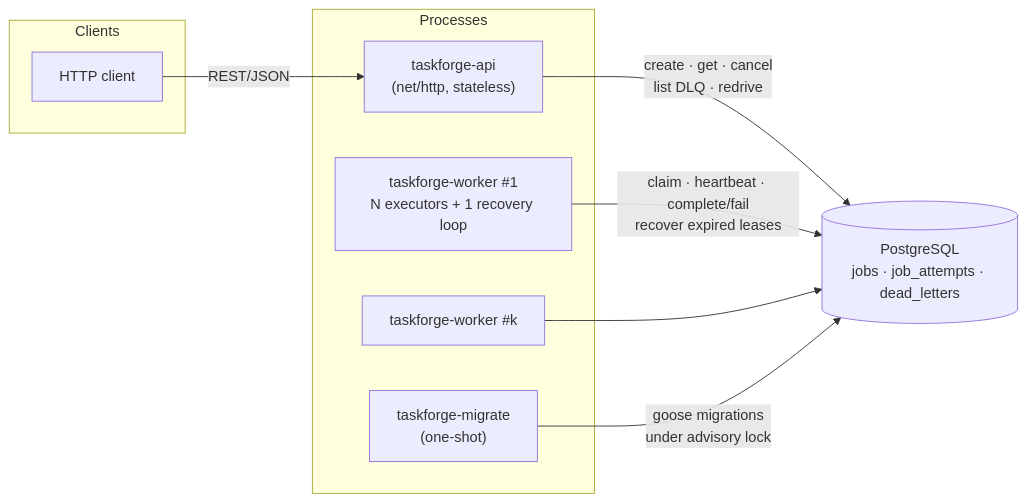
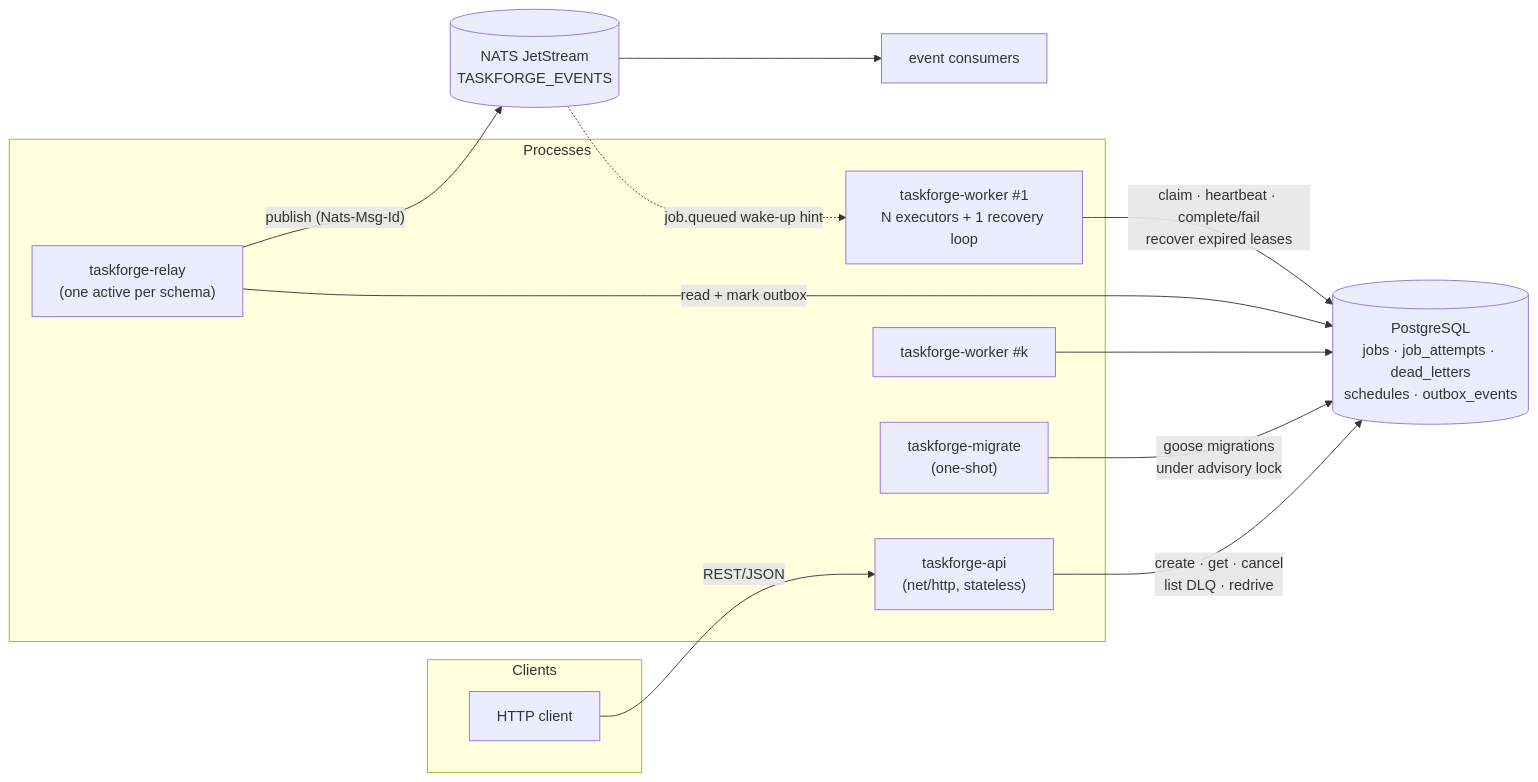
One commit to Nuryanfa/TaskForge changed the first of 8 diagrams in docs/DESIGN.md. Above: the diagram before and after it, drawn with Mermaid. The commit also changed other lines of this file and 42 other files, not shown here.

First line of the commit message:
feat(events): add transactional outbox, NATS JetStream relay, and worker wake-ups

````diff
--- a/docs/DESIGN.md
+++ b/docs/DESIGN.md
@@ -31,19 +32,26 @@
 ```mermaid
 flowchart LR
     subgraph Clients
         C["HTTP client"]
     end
     subgraph Processes
         API["taskforge-api<br/>(net/http, stateless)"]
         W1["taskforge-worker #1<br/>N executors + 1 recovery loop"]
         W2["taskforge-worker #k"]
         M["taskforge-migrate<br/>(one-shot)"]
+        R["taskforge-relay<br/>(one active per schema)"]
     end
-    DB[("PostgreSQL<br/>jobs · job_attempts · dead_letters")]
+    DB[("PostgreSQL<br/>jobs · job_attempts · dead_letters<br/>schedules · outbox_events")]
+    JS[("NATS JetStream<br/>TASKFORGE_EVENTS")]
+    EC["event consumers"]
 
     C -->|"REST/JSON"| API
     API -->|"create · get · cancel<br/>list DLQ · redrive"| DB
     W1 -->|"claim · heartbeat · complete/fail<br/>recover expired leases"| DB
     W2 --> DB
     M -->|"goose migrations<br/>under advisory lock"| DB
+    R -->|"read + mark outbox"| DB
+    R -->|"publish (Nats-Msg-Id)"| JS
+    JS --> EC
+    JS -.->|"job.queued wake-up hint"| W1
 ```
````
